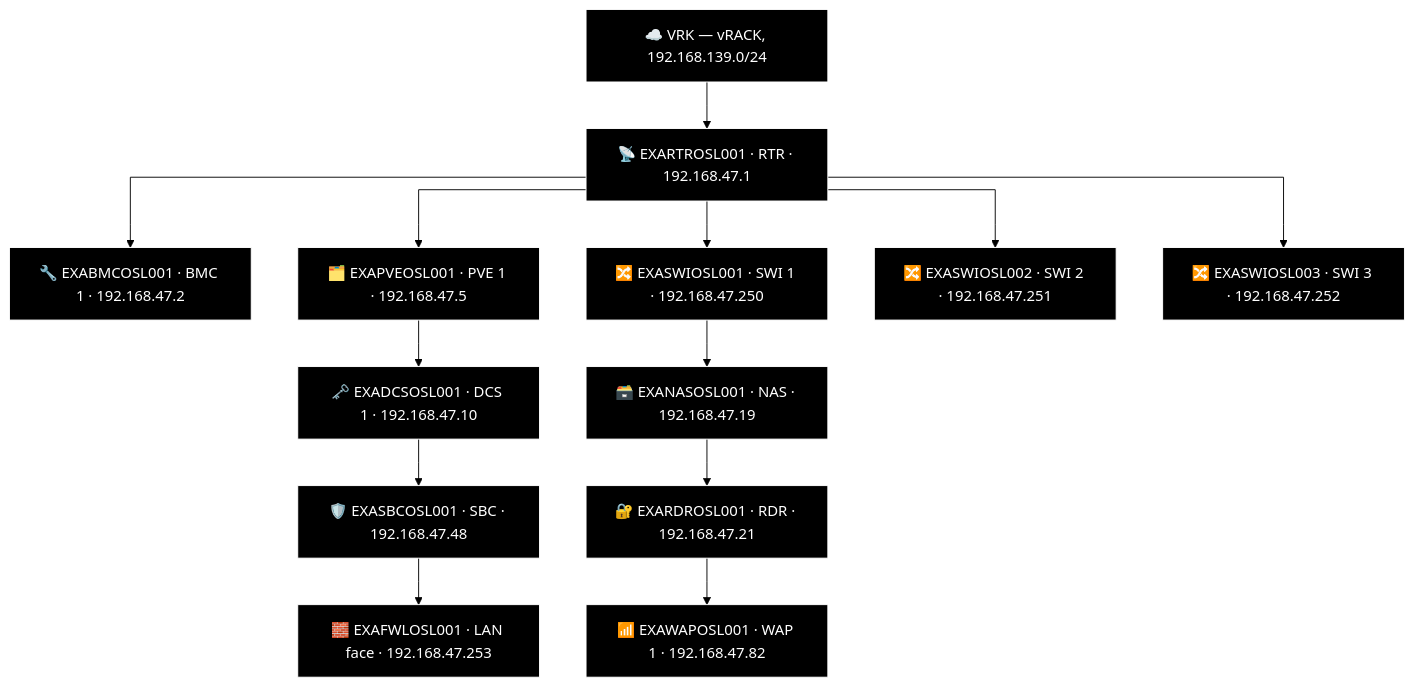
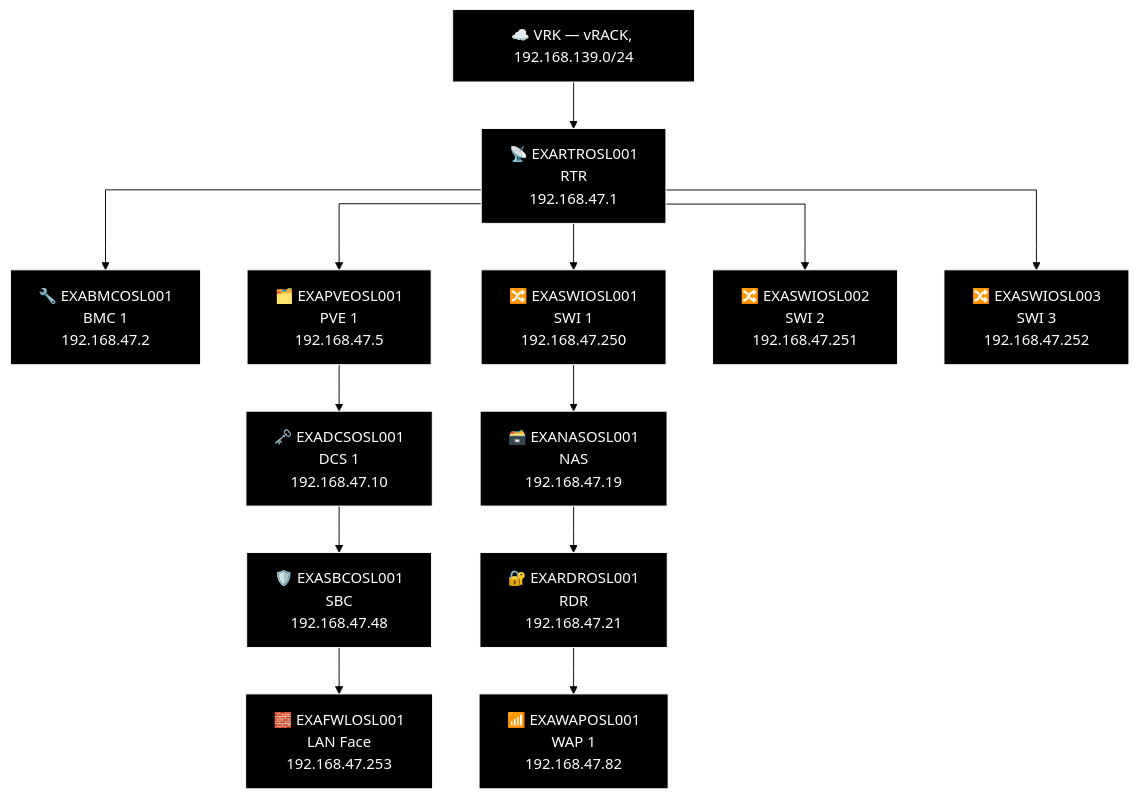
Before and after one commit to knightmare2600/example_music_infra: the second of 2 diagrams in docs/network-diagram/norge.md, drawn with Mermaid (forest theme). The commit also changed 18 other files, not shown here.

````diff
--- a/docs/network-diagram/norge.md
+++ b/docs/network-diagram/norge.md
@@ -42,40 +42,40 @@
 ```mermaid
 %% GENERATED:TOPOLOGY:OSL:START
 %%{init: {'flowchart': {'curve': 'stepAfter'}}}%%
 graph TD
     T_VRK["☁️ VRK — vRACK, 192.168.139.0/24"]
-    T_RTR["📡 EXARTROSL001 · RTR · 192.168.47.1"]
+    T_RTR["📡 EXARTROSL001<br/>RTR<br/>192.168.47.1"]
     T_VRK --> T_RTR
-    T_BMC["🔧 EXABMCOSL001 · BMC 1 · 192.168.47.2"]
+    T_BMC["🔧 EXABMCOSL001<br/>BMC 1<br/>192.168.47.2"]
     T_RTR --> T_BMC
-    T_PVE["🗂️ EXAPVEOSL001 · PVE 1 · 192.168.47.5"]
+    T_PVE["🗂️ EXAPVEOSL001<br/>PVE 1<br/>192.168.47.5"]
     T_RTR --> T_PVE
-    T_SWI["🔀 EXASWIOSL001 · SWI 1 · 192.168.47.250"]
+    T_SWI["🔀 EXASWIOSL001<br/>SWI 1<br/>192.168.47.250"]
     T_RTR --> T_SWI
-    T_SWI2["🔀 EXASWIOSL002 · SWI 2 · 192.168.47.251"]
+    T_SWI2["🔀 EXASWIOSL002<br/>SWI 2<br/>192.168.47.251"]
     T_RTR --> T_SWI2
-    T_SWI3["🔀 EXASWIOSL003 · SWI 3 · 192.168.47.252"]
+    T_SWI3["🔀 EXASWIOSL003<br/>SWI 3<br/>192.168.47.252"]
     T_RTR --> T_SWI3
-    T_NAS["🗃️ EXANASOSL001 · NAS · 192.168.47.19"]
-    T_RDR["🔐 EXARDROSL001 · RDR · 192.168.47.21"]
-    T_WAP["📶 EXAWAPOSL001 · WAP 1 · 192.168.47.82"]
+    T_NAS["🗃️ EXANASOSL001<br/>NAS<br/>192.168.47.19"]
+    T_RDR["🔐 EXARDROSL001<br/>RDR<br/>192.168.47.21"]
+    T_WAP["📶 EXAWAPOSL001<br/>WAP 1<br/>192.168.47.82"]
     T_SWI --> T_NAS --> T_RDR --> T_WAP
-    T_DCS["🗝️ EXADCSOSL001 · DCS 1 · 192.168.47.10"]
-    T_SBC["🛡️ EXASBCOSL001 · SBC · 192.168.47.48"]
-    T_FWL["🧱 EXAFWLOSL001 · LAN face · 192.168.47.253"]
+    T_DCS["🗝️ EXADCSOSL001<br/>DCS 1<br/>192.168.47.10"]
+    T_SBC["🛡️ EXASBCOSL001<br/>SBC<br/>192.168.47.48"]
+    T_FWL["🧱 EXAFWLOSL001<br/>LAN Face<br/>192.168.47.253"]
     T_PVE --> T_DCS --> T_SBC --> T_FWL
     style T_VRK fill:#000000,stroke:#FFFFFF,color:#FFFFFF
     style T_RTR fill:#000000,stroke:#FFFFFF,color:#FFFFFF
     style T_BMC fill:#000000,stroke:#FFFFFF,color:#FFFFFF
     style T_PVE fill:#000000,stroke:#FFFFFF,color:#FFFFFF
     style T_SWI fill:#000000,stroke:#FFFFFF,color:#FFFFFF
     style T_SWI2 fill:#000000,stroke:#FFFFFF,color:#FFFFFF
     style T_SWI3 fill:#000000,stroke:#FFFFFF,color:#FFFFFF
     style T_NAS fill:#000000,stroke:#FFFFFF,color:#FFFFFF
     style T_RDR fill:#000000,stroke:#FFFFFF,color:#FFFFFF
     style T_WAP fill:#000000,stroke:#FFFFFF,color:#FFFFFF
     style T_DCS fill:#000000,stroke:#FFFFFF,color:#FFFFFF
     style T_SBC fill:#000000,stroke:#FFFFFF,color:#FFFFFF
     style T_FWL fill:#000000,stroke:#FFFFFF,color:#FFFFFF
 %% GENERATED:TOPOLOGY:OSL:END
 ```
````
